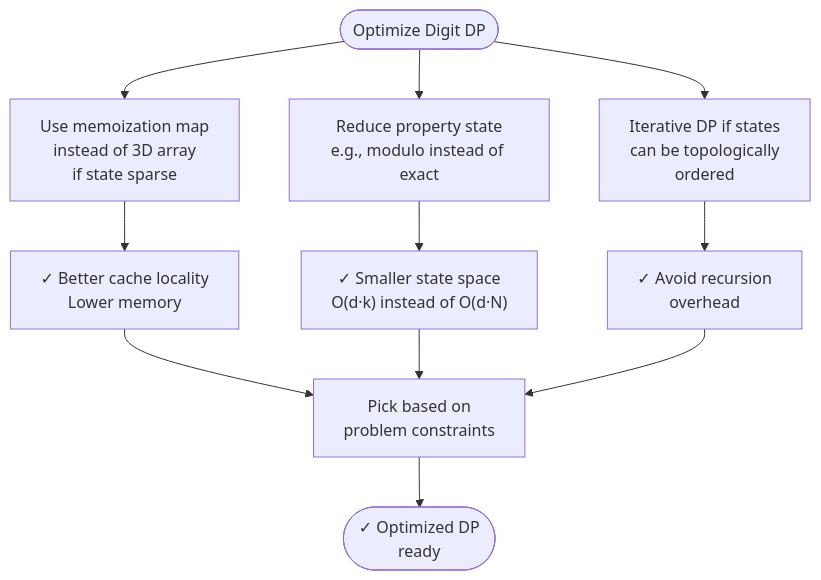
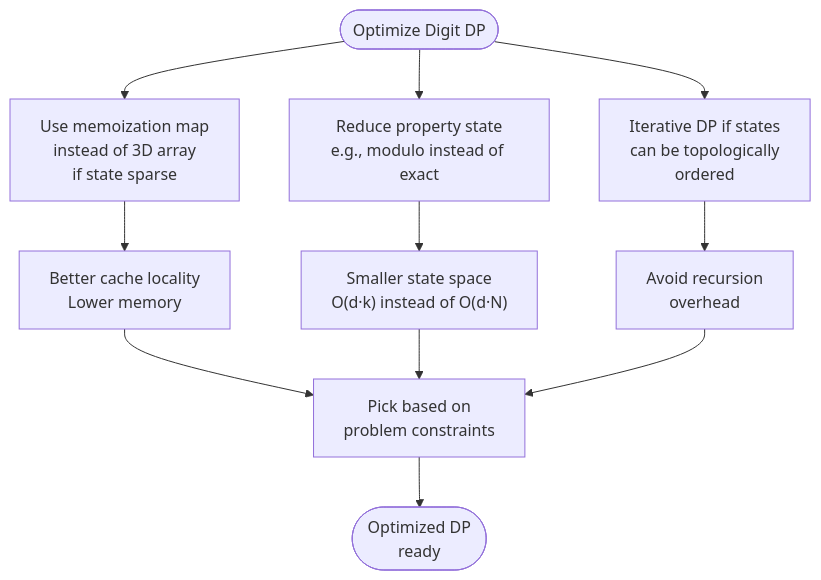
The ninth of 41 diagrams in docs/algorithms/advanced/advanced_algorithms.md (souradeepta/interviewprep), drawn with Mermaid before and after one commit. The commit also changed other lines of this file, not shown here.

Commit message:
fix: remove Unicode checkmark characters from Mermaid flowchart

````diff
--- a/docs/algorithms/advanced/advanced_algorithms.md
+++ b/docs/algorithms/advanced/advanced_algorithms.md
@@ -363,15 +363,15 @@
 ```mermaid
 flowchart TD
     A(["Optimize Digit DP"]) --> O1["Use memoization map<br/>instead of 3D array<br/>if state sparse"]
     A --> O2["Reduce property state<br/>e.g., modulo instead of exact"]
     A --> O3["Iterative DP if states<br/>can be topologically<br/>ordered"]
     
-    O1 --> R1["✓ Better cache locality<br/>Lower memory"]
-    O2 --> R2["✓ Smaller state space<br/>O(d·k) instead of O(d·N)"]
-    O3 --> R3["✓ Avoid recursion<br/>overhead"]
+    O1 --> R1["Better cache locality<br/>Lower memory"]
+    O2 --> R2["Smaller state space<br/>O(d·k) instead of O(d·N)"]
+    O3 --> R3["Avoid recursion<br/>overhead"]
     
     R1 --> Impl["Pick based on<br/>problem constraints"]
     R2 --> Impl
     R3 --> Impl
-    Impl --> End(["✓ Optimized DP<br/>ready"])
+    Impl --> End(["Optimized DP<br/>ready"])
 ```
````
